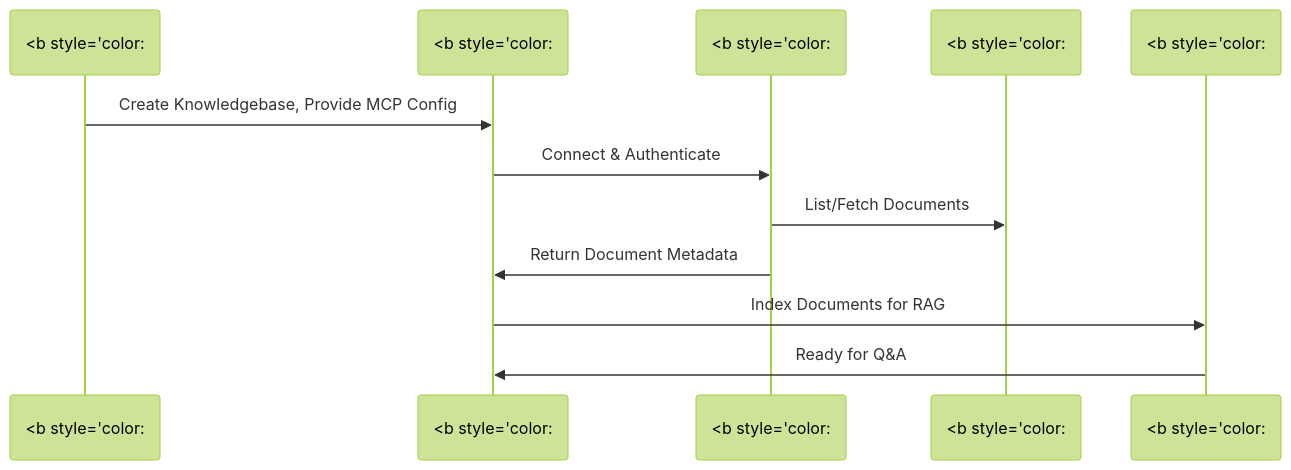
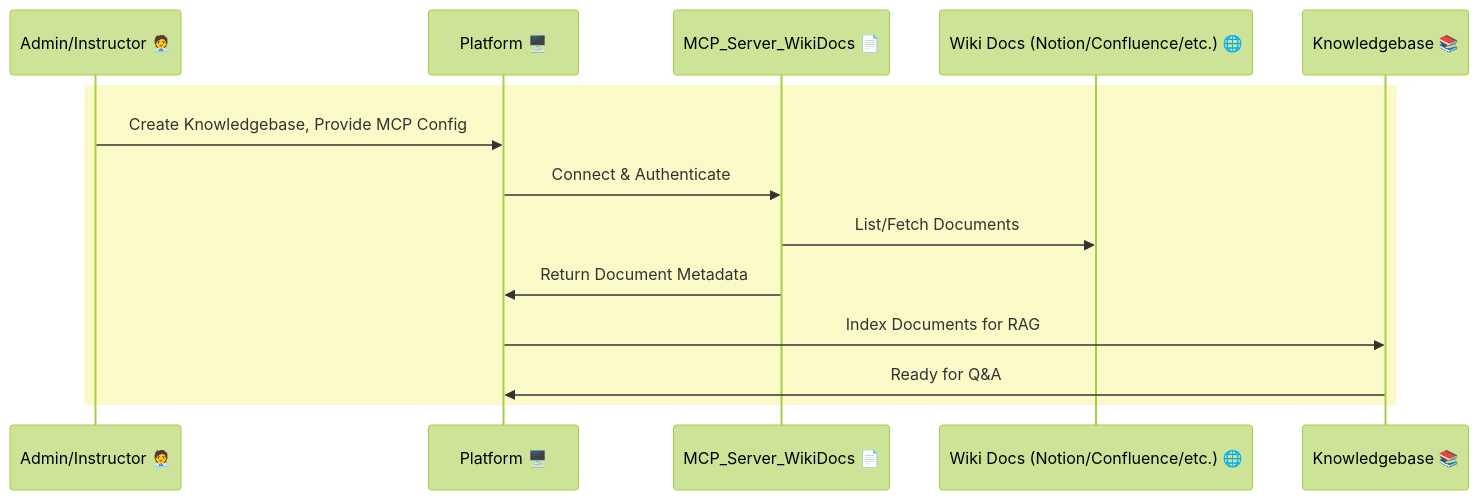
One commit to Genie-Experiments/genie-mentor-agent changed the fourth of 4 diagrams in implementation-plan.md. Above: the diagram before and after it, drawn with Mermaid (forest theme). The commit also changed 1 other file, not shown here.

Commit message:
added gitignore

````diff
--- a/implementation-plan.md
+++ b/implementation-plan.md
@@ -313,15 +313,17 @@
 ```mermaid
 sequenceDiagram
-    participant Admin/Instructor as <b style="color:#1976d2;">Admin/Instructor</b>
-    participant Platform as <b style="color:#fbc02d;">Platform</b>
-    participant MCP_WIKI as <b style="color:#d81b60;">MCP_Server_WikiDocs</b>
-    participant ExternalWiki as <b style="color:#0277bd;">Wiki Docs (Notion/Confluence/etc.)</b>
-    participant KB as <b style="color:#8e24aa;">Knowledgebase</b>
+  participant AI as Admin/Instructor 🧑‍💼
+  participant P as Platform 🖥️
+  participant MW as MCP_Server_WikiDocs 📄
+  participant EW as Wiki Docs (Notion/Confluence/etc.) 🌐
+  participant KB as Knowledgebase 📚
 
-    Admin/Instructor->>Platform: Create Knowledgebase, Provide MCP Config
-    Platform->>MCP_WIKI: Connect & Authenticate
-    MCP_WIKI->>ExternalWiki: List/Fetch Documents
-    MCP_WIKI->>Platform: Return Document Metadata
-    Platform->>KB: Index Documents for RAG
-    KB->>Platform: Ready for Q&A
+  rect rgb(250,250,200)
+    AI ->> P: Create Knowledgebase, Provide MCP Config
+    P ->> MW: Connect & Authenticate
+    MW ->> EW: List/Fetch Documents
+    MW ->> P: Return Document Metadata
+    P ->> KB: Index Documents for RAG
+    KB ->> P: Ready for Q&A
+  end
 ```
````
